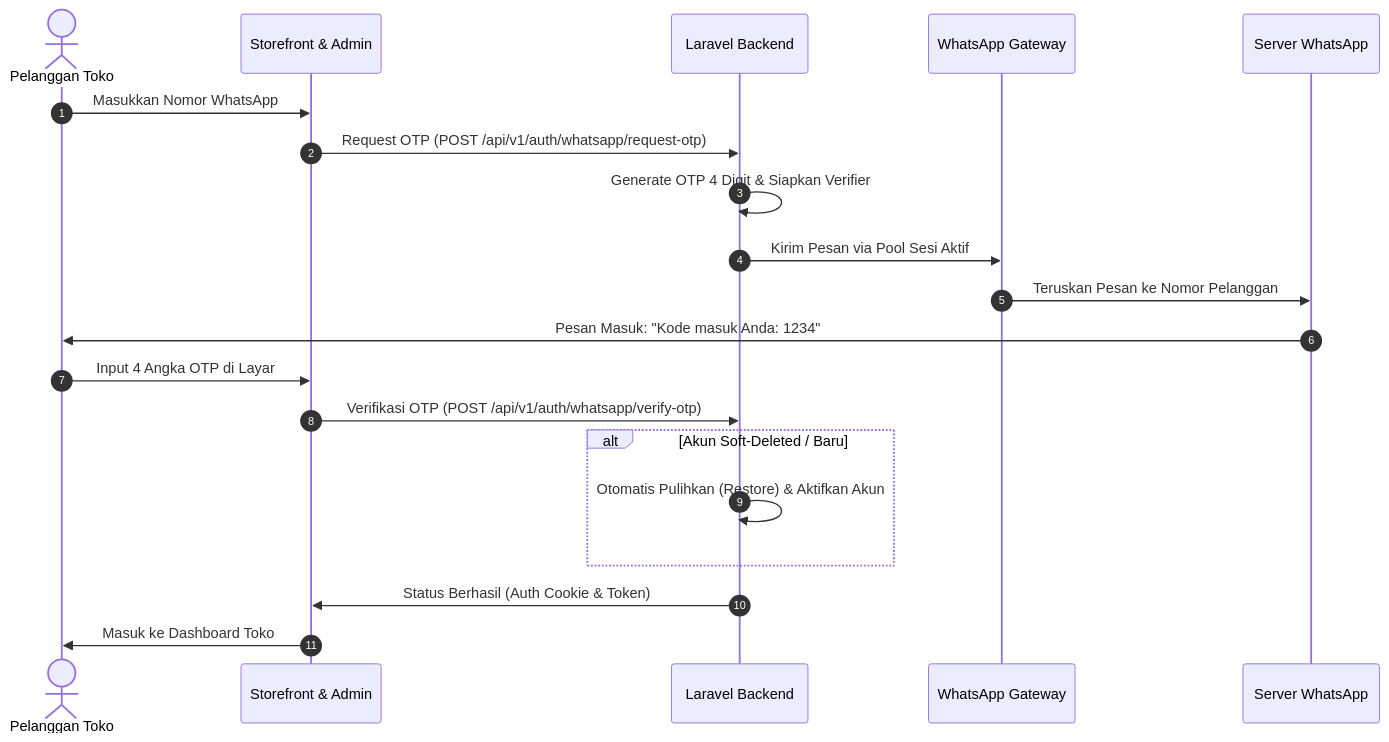
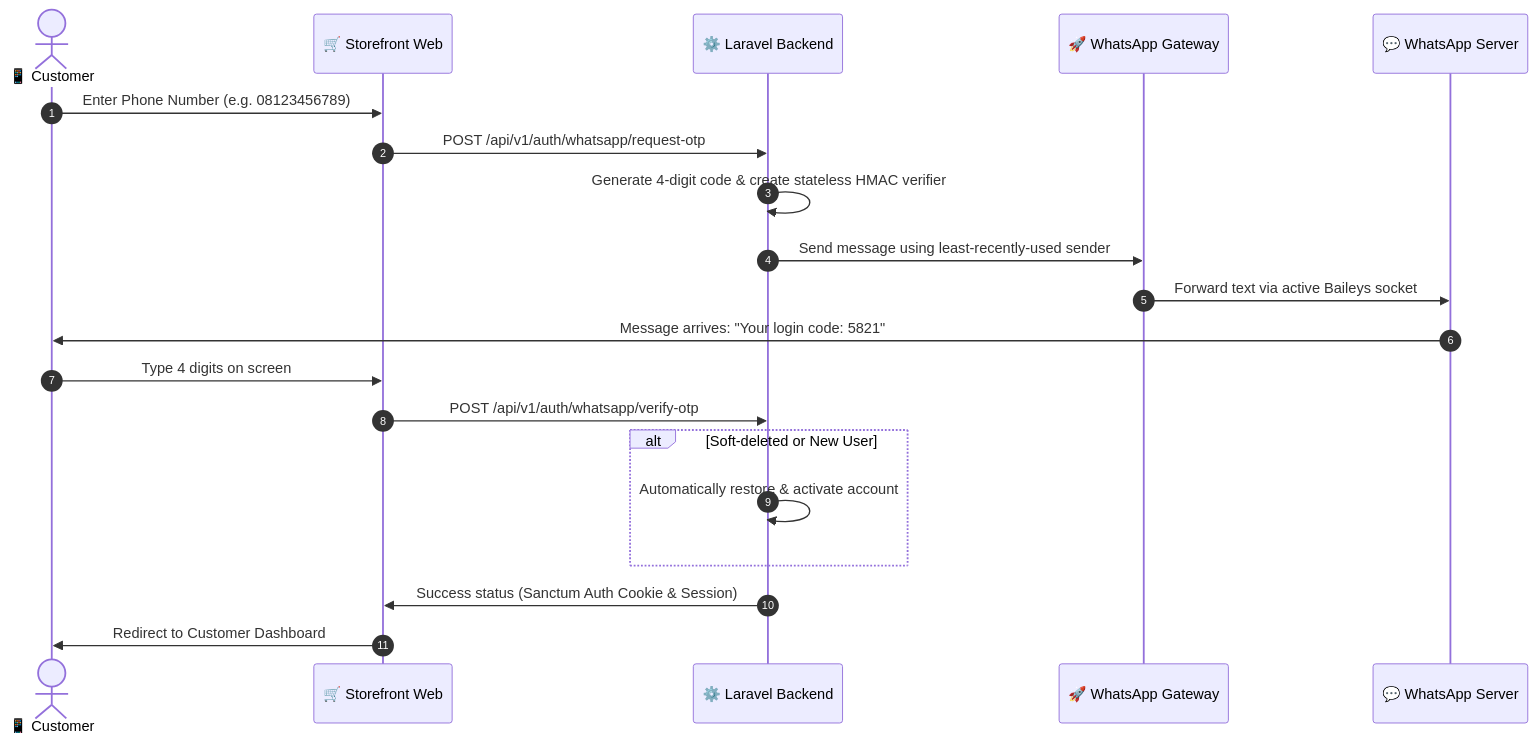
Before and after one commit to billi-panca-wijaya/wa-gateway: the second of 4 diagrams in README.md, drawn with Mermaid. The commit also changed other lines of this file and 1 other file, not shown here.

````diff
--- a/README.md
+++ b/README.md
@@ -84,23 +90,23 @@
 ```mermaid
 sequenceDiagram
     autonumber
-    actor Pelanggan as Pelanggan Toko
-    participant Web as Storefront & Admin
-    participant Laravel as Laravel Backend
-    participant Gateway as WhatsApp Gateway
-    participant WA as Server WhatsApp
+    actor Customer as 📱 Customer
+    participant Web as 🛒 Storefront Web
+    participant Laravel as ⚙️ Laravel Backend
+    participant Gateway as 🚀 WhatsApp Gateway
+    participant WA as 💬 WhatsApp Server
 
-    Pelanggan->>Web: Masukkan Nomor WhatsApp
-    Web->>Laravel: Request OTP (POST /api/v1/auth/whatsapp/request-otp)
-    Laravel->>Laravel: Generate OTP 4 Digit & Siapkan Verifier
-    Laravel->>Gateway: Kirim Pesan via Pool Sesi Aktif
-    Gateway->>WA: Teruskan Pesan ke Nomor Pelanggan
-    WA->>Pelanggan: Pesan Masuk: "Kode masuk Anda: 1234"
-    Pelanggan->>Web: Input 4 Angka OTP di Layar
-    Web->>Laravel: Verifikasi OTP (POST /api/v1/auth/whatsapp/verify-otp)
-    alt Akun Soft-Deleted / Baru
-        Laravel->>Laravel: Otomatis Pulihkan (Restore) & Aktifkan Akun
+    Customer->>Web: Enter Phone Number (e.g. 08123456789)
+    Web->>Laravel: POST /api/v1/auth/whatsapp/request-otp
+    Laravel->>Laravel: Generate 4-digit code & create stateless HMAC verifier
+    Laravel->>Gateway: Send message using least-recently-used sender
+    Gateway->>WA: Forward text via active Baileys socket
+    WA->>Customer: Message arrives: "Your login code: 5821"
+    Customer->>Web: Type 4 digits on screen
+    Web->>Laravel: POST /api/v1/auth/whatsapp/verify-otp
+    alt Soft-deleted or New User
+        Laravel->>Laravel: Automatically restore & activate account
     end
-    Laravel->>Web: Status Berhasil (Auth Cookie & Token)
-    Web->>Pelanggan: Masuk ke Dashboard Toko
+    Laravel->>Web: Success status (Sanctum Auth Cookie & Session)
+    Web->>Customer: Redirect to Customer Dashboard
 ```
````
